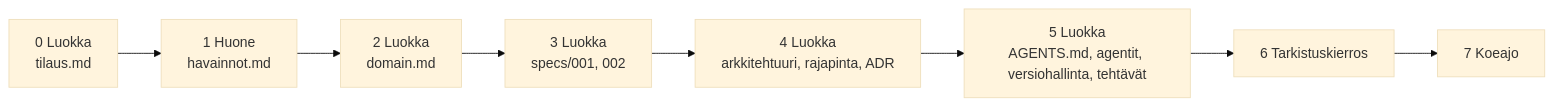
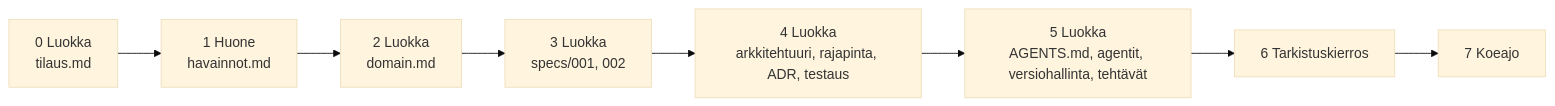
One commit to xamk-ture/pelihuone_AI changed the diagram in 05-Pelihuone/README.md. Above: the diagram before and after it, drawn with Mermaid (base theme). The commit also changed other lines of this file and 5 other files, not shown here.

````diff
--- a/05-Pelihuone/README.md
+++ b/05-Pelihuone/README.md
@@ -150,5 +152,5 @@
 ```mermaid
 flowchart LR
     V0["0 Luokka<br/>tilaus.md"] --> V1["1 Huone<br/>havainnot.md"] --> V2["2 Luokka<br/>domain.md"] --> V3["3 Luokka<br/>specs/001, 002"]
-    V3 --> V4["4 Luokka<br/>arkkitehtuuri, rajapinta, ADR"] --> V5["5 Luokka<br/>AGENTS.md, agentit, versiohallinta, tehtävät"] --> V6["6 Tarkistuskierros"] --> V7["7 Koeajo"]
+    V3 --> V4["4 Luokka<br/>arkkitehtuuri, rajapinta, ADR, testaus"] --> V5["5 Luokka<br/>AGENTS.md, agentit, versiohallinta, tehtävät"] --> V6["6 Tarkistuskierros"] --> V7["7 Koeajo"]
 ```
````
